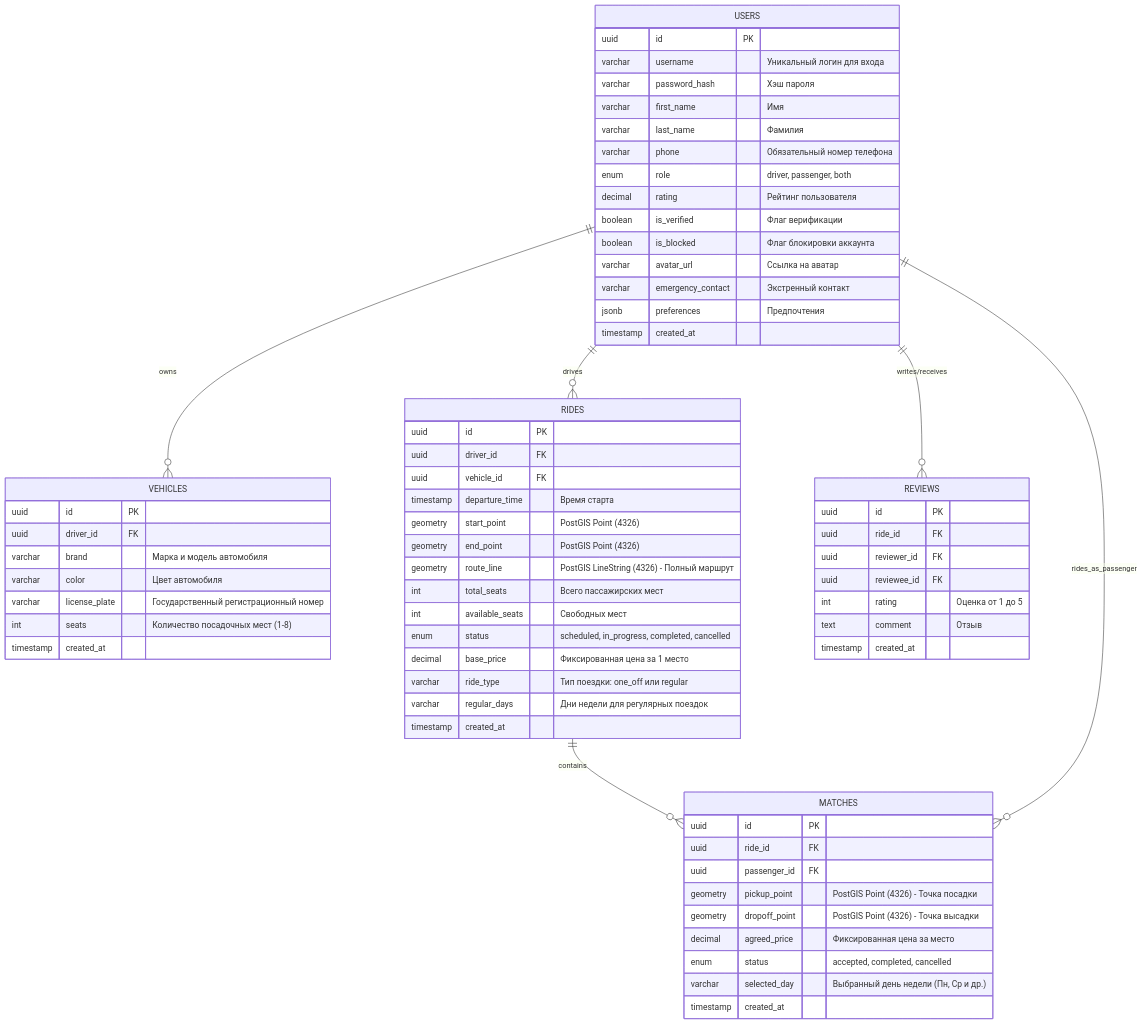
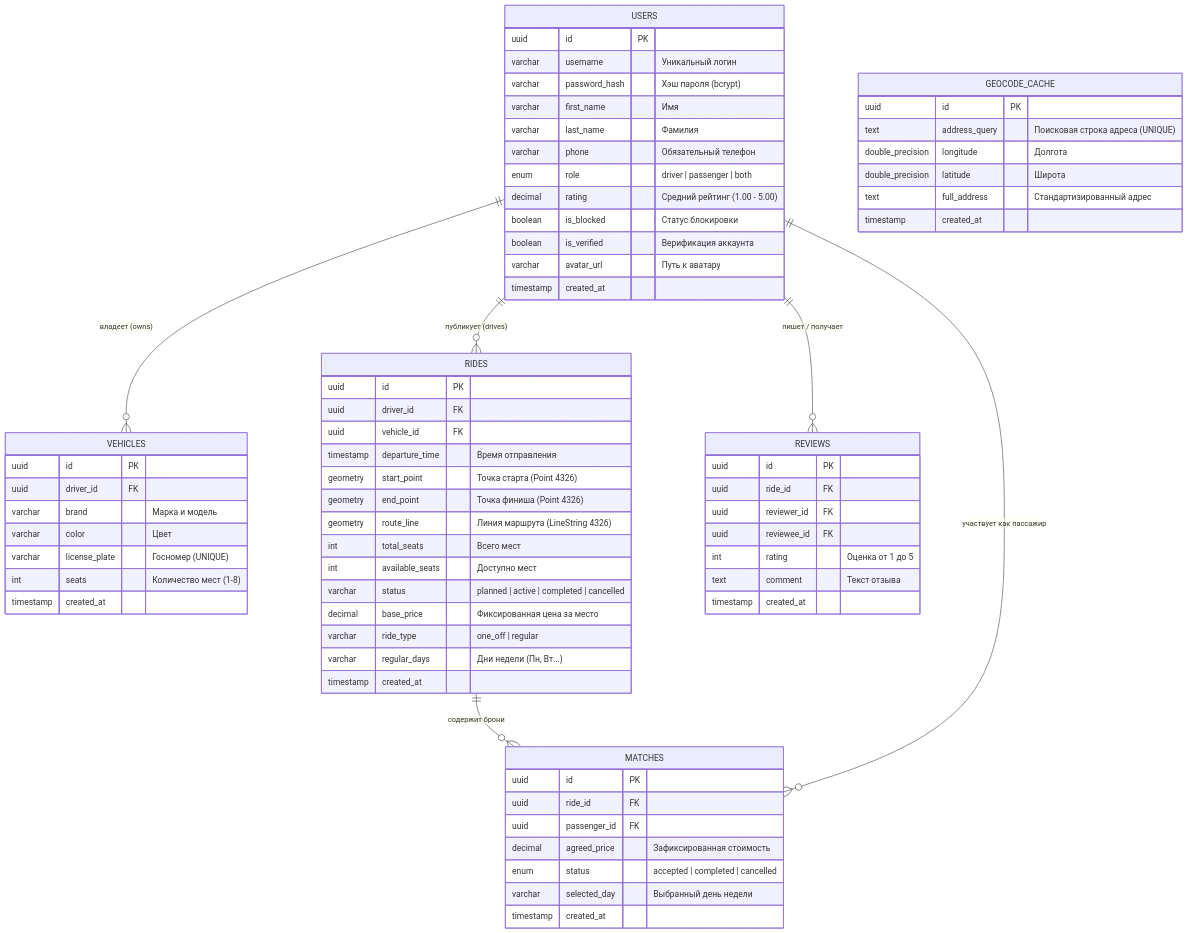
Before and after one commit to MusorDrop/taksi: the diagram in backend/README.md, drawn with Mermaid. The commit also changed other lines of this file and 2 other files, not shown here.

````diff
--- a/backend/README.md
+++ b/backend/README.md
@@ -198,74 +198,79 @@
 ```mermaid
 erDiagram
-    USERS ||--o{ VEHICLES : owns
-    USERS ||--o{ RIDES : "drives"
-    USERS ||--o{ REVIEWS : "writes/receives"
-    RIDES ||--o{ MATCHES : "contains"
-    USERS ||--o{ MATCHES : "rides_as_passenger"
+    USERS ||--o{ VEHICLES : "владеет (owns)"
+    USERS ||--o{ RIDES : "публикует (drives)"
+    USERS ||--o{ REVIEWS : "пишет / получает"
+    RIDES ||--o{ MATCHES : "содержит брони"
+    USERS ||--o{ MATCHES : "участвует как пассажир"
 
     USERS {
         uuid id PK
-        varchar username "Уникальный логин для входа"
-        varchar password_hash "Хэш пароля"
+        varchar username "Уникальный логин"
+        varchar password_hash "Хэш пароля (bcrypt)"
         varchar first_name "Имя"
         varchar last_name "Фамилия"
-        varchar phone "Обязательный номер телефона"
-        enum role "driver, passenger, both"
-        decimal rating "Рейтинг пользователя"
-        boolean is_verified "Флаг верификации"
-        boolean is_blocked "Флаг блокировки аккаунта"
-        varchar avatar_url "Ссылка на аватар"
-        varchar emergency_contact "Экстренный контакт"
-        jsonb preferences "Предпочтения"
+        varchar phone "Обязательный телефон"
+        enum role "driver | passenger | both"
+        decimal rating "Средний рейтинг (1.00 - 5.00)"
+        boolean is_blocked "Статус блокировки"
+        boolean is_verified "Верификация аккаунта"
+        varchar avatar_url "Путь к аватару"
         timestamp created_at
     }
 
     VEHICLES {
         uuid id PK
         uuid driver_id FK
-        varchar brand "Марка и модель автомобиля"
-        varchar color "Цвет автомобиля"
-        varchar license_plate "Государственный регистрационный номер"
-        int seats "Количество посадочных мест (1-8)"
+        varchar brand "Марка и модель"
+        varchar color "Цвет"
+        varchar license_plate "Госномер (UNIQUE)"
+        int seats "Количество мест (1-8)"
         timestamp created_at
     }
 
     RIDES {
         uuid id PK
         uuid driver_id FK
         uuid vehicle_id FK
-        timestamp departure_time "Время старта"
-        geometry start_point "PostGIS Point (4326)"
-        geometry end_point "PostGIS Point (4326)"
-        geometry route_line "PostGIS LineString (4326) - Полный маршрут"
-        int total_seats "Всего пассажирских мест"
-        int available_seats "Свободных мест"
-        enum status "scheduled, in_progress, completed, cancelled"
-        decimal base_price "Фиксированная цена за 1 место"
-        varchar ride_type "Тип поездки: one_off или regular"
-        varchar regular_days "Дни недели для регулярных поездок"
+        timestamp departure_time "Время отправления"
+        geometry start_point "Точка старта (Point 4326)"
+        geometry end_point "Точка финиша (Point 4326)"
+        geometry route_line "Линия маршрута (LineString 4326)"
+        int total_seats "Всего мест"
+        int available_seats "Доступно мест"
+        varchar status "planned | active | completed | cancelled"
+        decimal base_price "Фиксированная цена за место"
+        varchar ride_type "one_off | regular"
+        varchar regular_days "Дни недели (Пн, Вт...)"
         timestamp created_at
     }
 
     MATCHES {
         uuid id PK
         uuid ride_id FK
         uuid passenger_id FK
-        geometry pickup_point "PostGIS Point (4326) - Точка посадки"
-        geometry dropoff_point "PostGIS Point (4326) - Точка высадки"
-        decimal agreed_price "Фиксированная цена за место"
-        enum status "accepted, completed, cancelled"
-        varchar selected_day "Выбранный день недели (Пн, Ср и др.)"
+        decimal agreed_price "Зафиксированная стоимость"
+        enum status "accepted | completed | cancelled"
+        varchar selected_day "Выбранный день недели"
         timestamp created_at
     }
 
     REVIEWS {
         uuid id PK
         uuid ride_id FK
         uuid reviewer_id FK
         uuid reviewee_id FK
         int rating "Оценка от 1 до 5"
-        text comment "Отзыв"
+        text comment "Текст отзыва"
+        timestamp created_at
+    }
+
+    GEOCODE_CACHE {
+        uuid id PK
+        text address_query "Поисковая строка адреса (UNIQUE)"
+        double_precision longitude "Долгота"
+        double_precision latitude "Широта"
+        text full_address "Стандартизированный адрес"
         timestamp created_at
     }
 ```
````
